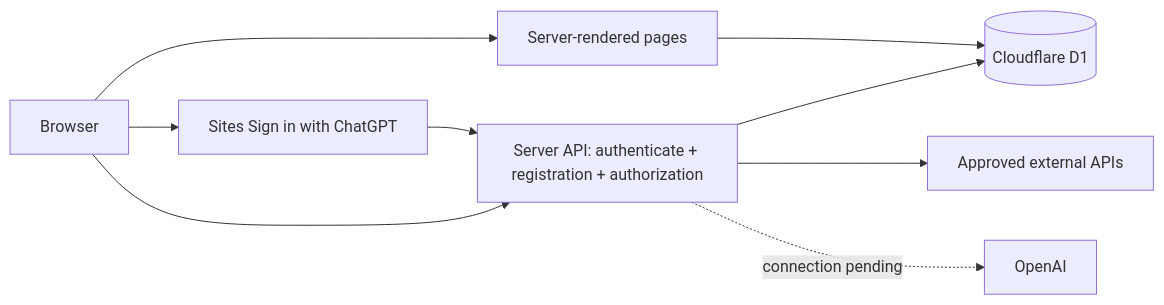
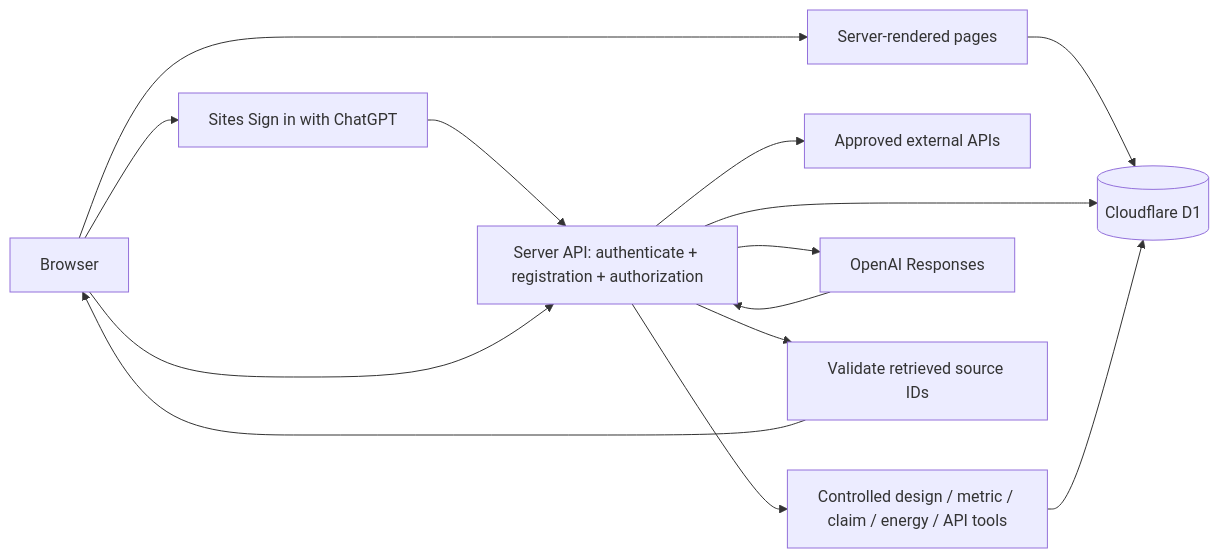
One commit to Sia-Xie-July/Pset3-1.125 changed the diagram in site/README.md. Above: the diagram before and after it, drawn with Mermaid. The commit also changed other lines of this file and 18 other files, not shown here.

Commit message:
Connect source-grounded datacenter adviser with controlled tools

````diff
--- a/site/README.md
+++ b/site/README.md
@@ -20,11 +20,16 @@
 ```mermaid
 flowchart LR
   Browser --> Pages[Server-rendered pages]
   Pages --> D1[(Cloudflare D1)]
   Browser --> Auth[Sites Sign in with ChatGPT]
   Auth --> API
   Browser --> API[Server API: authenticate + registration + authorization]
   API --> D1
   API --> Sources[Approved external APIs]
-  API -. connection pending .-> OpenAI[OpenAI]
+  API --> Tools[Controlled design / metric / claim / energy / API tools]
+  Tools --> D1
+  API --> OpenAI[OpenAI Responses]
+  OpenAI --> API
+  API --> Citations[Validate retrieved source IDs]
+  Citations --> Browser
 ```
````
